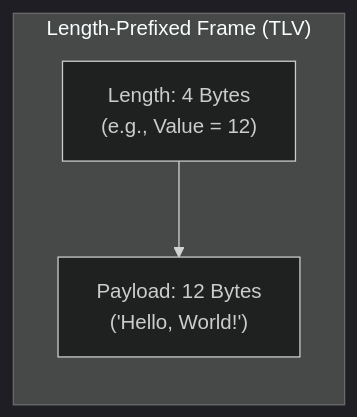
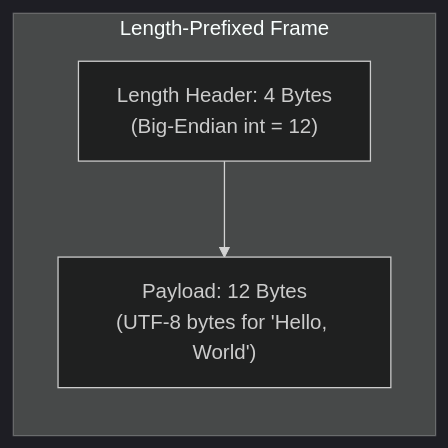
One commit to ravishankar2463/java_hub changed the second of 3 diagrams in content/roadmap/level-2/network-socket-programming.md. Above: the diagram before and after it, drawn with Mermaid (dark theme). The commit also changed other lines of this file and 119 other files, not shown here.

Commit message:
feat: add comprehensive java learning roadmap content across multiple levels

````diff
--- a/content/roadmap/level-2/network-socket-programming.md
+++ b/content/roadmap/level-2/network-socket-programming.md
@@ -67,8 +63,8 @@
 ```mermaid
 flowchart LR
-    subgraph FrameStructure ["Length-Prefixed Frame (TLV)"]
-        Length["Length: 4 Bytes<br/>(e.g., Value = 12)"]
-        Payload["Payload: 12 Bytes<br/>('Hello, World!')"]
+    subgraph FrameStructure ["Length-Prefixed Frame"]
+        Length["Length Header: 4 Bytes<br/>(Big-Endian int = 12)"]
+        Payload["Payload: 12 Bytes<br/>(UTF-8 bytes for 'Hello, World')"]
     end
     Length --> Payload
 ```
````
